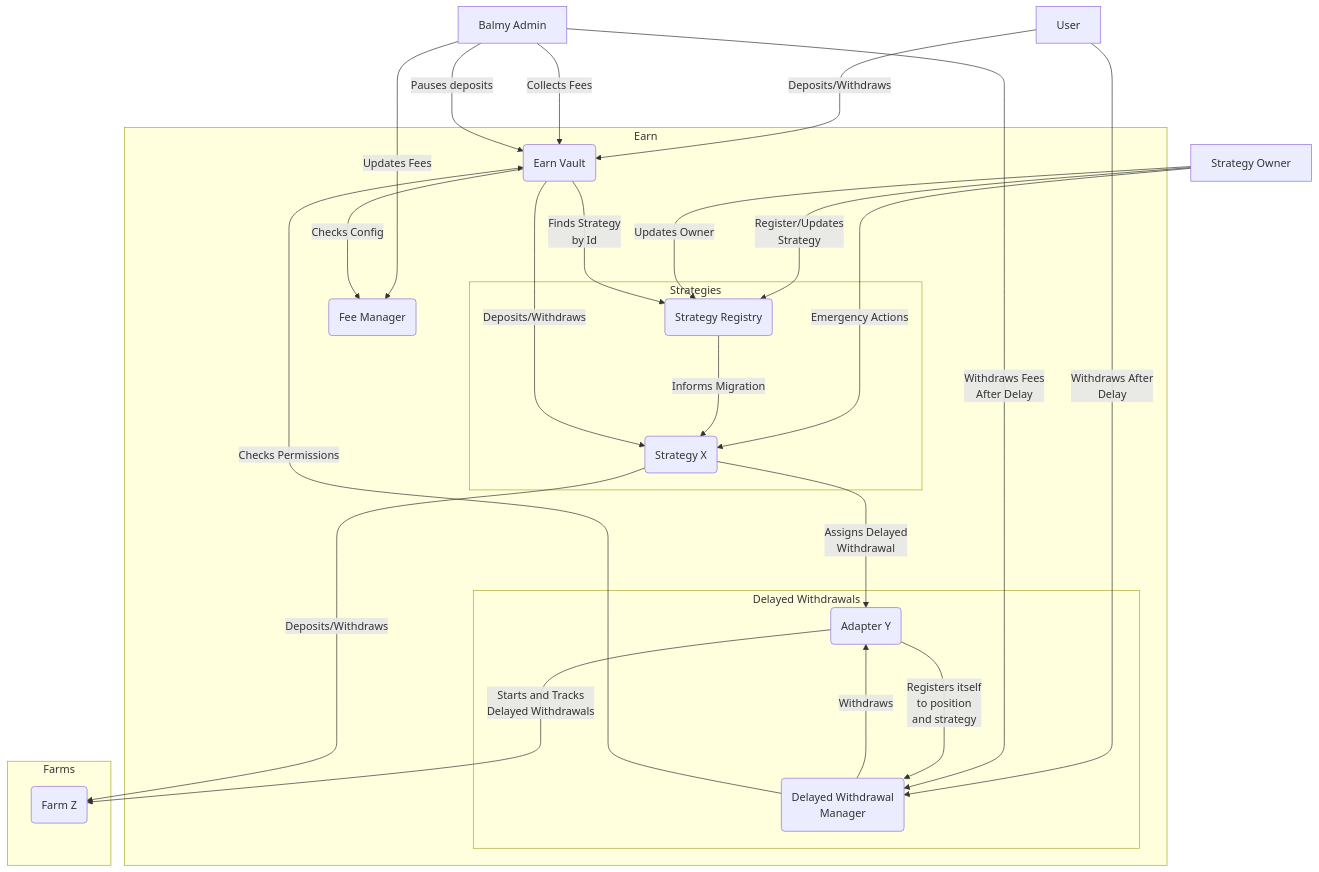
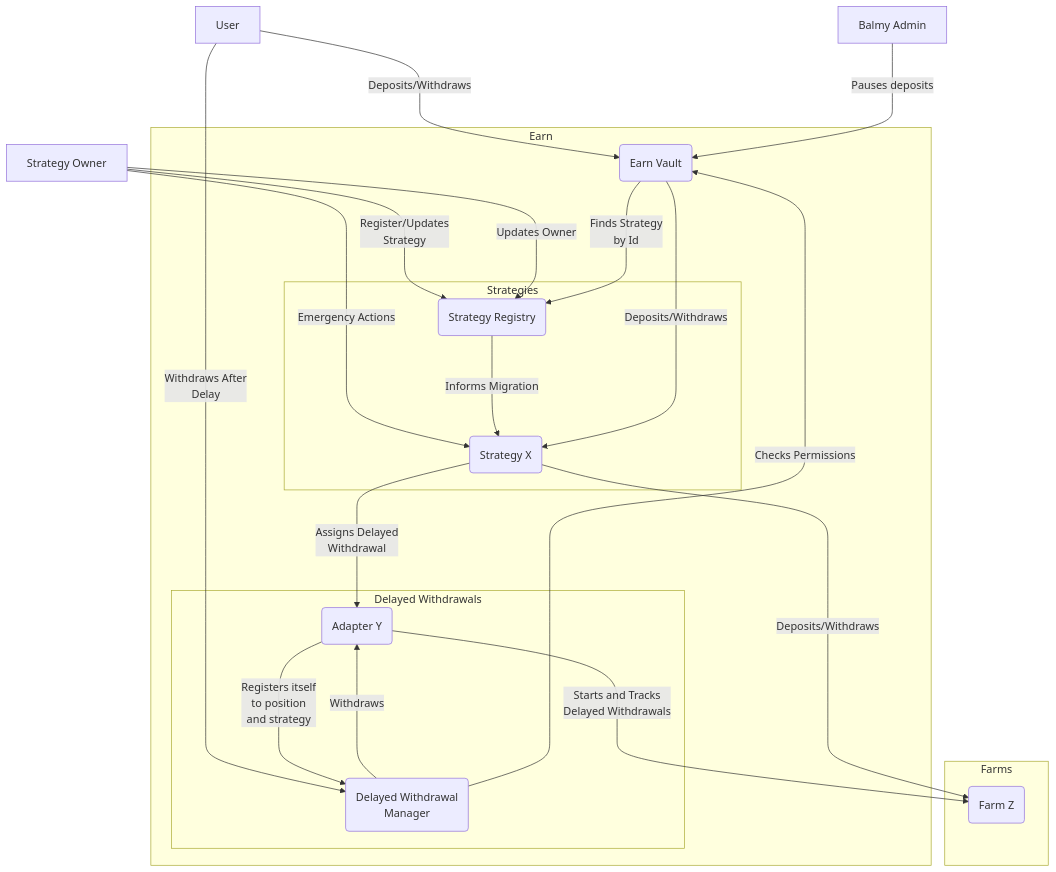
The diagram in README.md (Balmy-protocol/earn-core), drawn with Mermaid before and after one commit. The commit also changed other lines of this file and 13 other files, not shown here.

Commit message:
refactor: move fees out of vault (#9)

````diff
--- a/README.md
+++ b/README.md
@@ -122,46 +122,41 @@
 ```mermaid
 flowchart
     user[User]
     admin[Balmy Admin]
     owner[Strategy Owner]
 
     subgraph earn[Earn]
       vault(Earn Vault)
-      fee(Fee Manager)
 
       subgraph strategies[Strategies]
         strategy(Strategy X)
         registry(Strategy Registry)
       end
 
       subgraph delayed[Delayed Withdrawals]
         manager(Delayed Withdrawal\n Manager)
         adapter(Adapter Y)
       end
     end
 
     subgraph farms[Farms]
       farm(Farm Z)
     end
 
     user --->|Deposits/Withdraws|vault
     user --->|Withdraws After\nDelay|manager
-    admin --->|Withdraws Fees\nAfter Delay|manager
-    admin --->|Collects Fees|vault
     admin --->|Pauses deposits|vault
-    admin --->|Updates Fees|fee
     owner --->|Register/Updates\nStrategy|registry
     owner --->|Updates Owner|registry
     owner --->|Emergency Actions|strategy
     registry --->|Informs Migration|strategy
     vault --->|Finds Strategy\nby Id|registry
-    vault --->|Checks Config|fee
     vault --->|Deposits/Withdraws|strategy
     strategy --->|Deposits/Withdraws|farm
     strategy --->|Assigns Delayed\nWithdrawal|adapter
     adapter --->|Starts and Tracks\n Delayed Withdrawals|farm
     adapter --->|Registers itself\nto position\nand strategy|manager
     manager --->|Withdraws|adapter
     manager --->|Checks Permissions|vault
 
 ```
````
